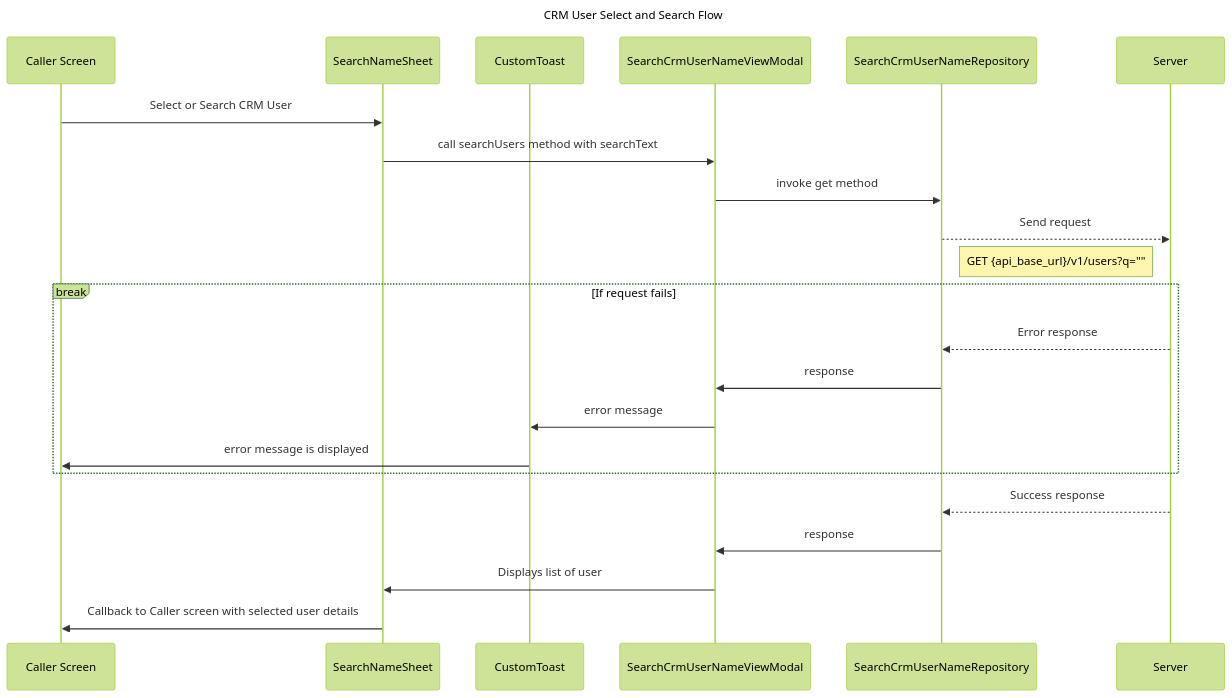
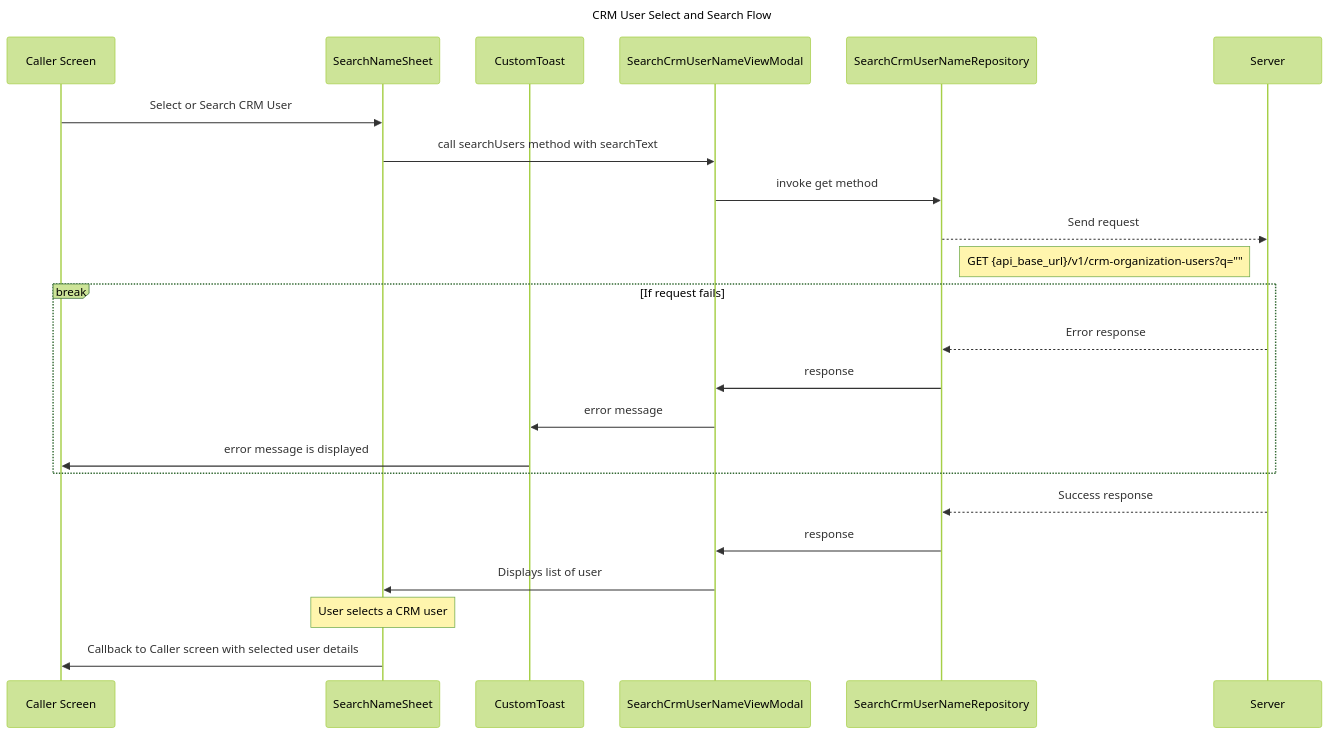
Before and after one commit to TrueSparrowSystems/AI-SalesSparrow-Docs: the diagram in flowDiagrams/Android/CrmUserSearchScreen.mermaid, drawn with Mermaid (forest theme). The commit also changed 4 other files, not shown here.

Commit message:
Updated review changes for andriod app flows

```diff
--- a/flowDiagrams/Android/CrmUserSearchScreen.mermaid
+++ b/flowDiagrams/Android/CrmUserSearchScreen.mermaid
@@ -1,27 +1,28 @@
 sequenceDiagram
     title CRM User Select and Search Flow
 
     participant CS as Caller Screen
     participant SNS as SearchNameSheet
     participant CT as CustomToast
     participant SCUVM as SearchCrmUserNameViewModal
     participant SCUR as SearchCrmUserNameRepository
     participant S as Server
 
     CS->>SNS: Select or Search CRM User
     SNS->>SCUVM: call searchUsers method with searchText
     SCUVM->>SCUR: invoke get method
     SCUR-->>S: Send request
-    note right of SCUR: GET {api_base_url}/v1/users?q=""
+    note right of SCUR: GET {api_base_url}/v1/crm-organization-users?q=""
 
     break If request fails
         S-->>SCUR: Error response
         SCUR->>SCUVM: response
         SCUVM->>CT: error message
         CT->>CS: error message is displayed
     end
     
     S-->>SCUR: Success response
     SCUR->>SCUVM: response
     SCUVM->>SNS: Displays list of user
+    note over SNS: User selects a CRM user
     SNS->>CS: Callback to Caller screen with selected user details
```
